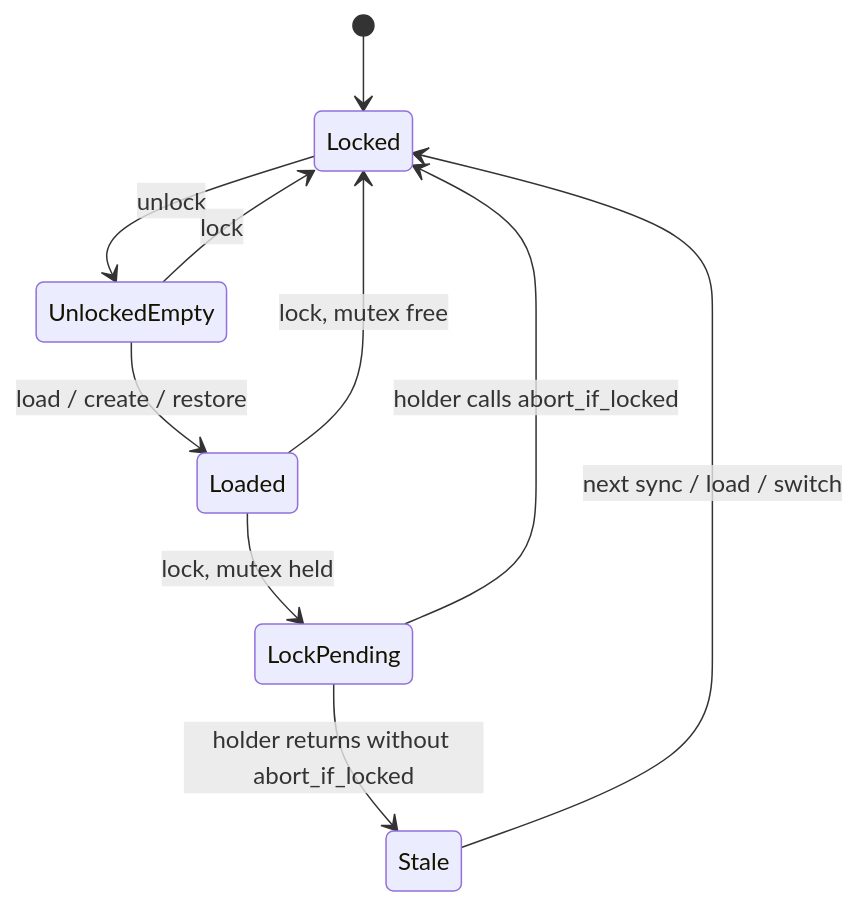
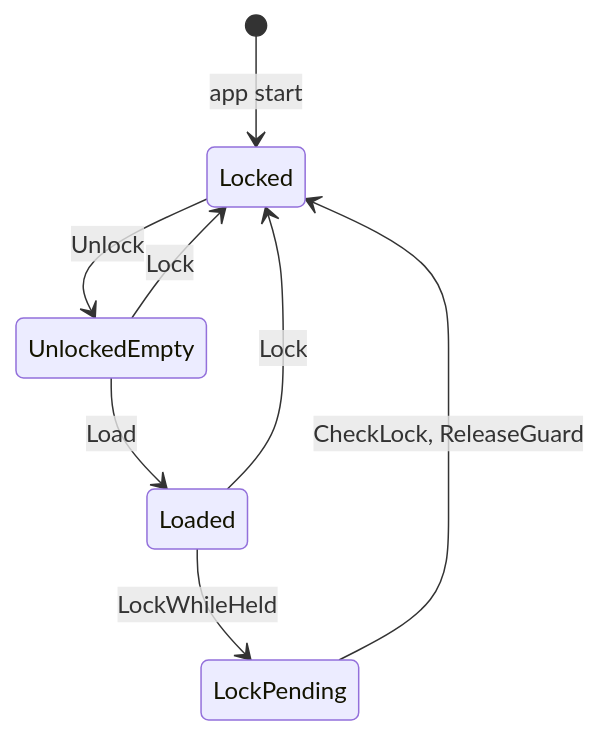
The diagram in docs/LOCK_LIFECYCLE.md (LitecoinDevKit/ldk-wallet), drawn with Mermaid before and after one commit. The commit also changed other lines of this file and 4 other files, not shown here.

Commit message:
Generate the lock lifecycle diagram from a table the tests drive.

````diff
--- a/docs/LOCK_LIFECYCLE.md
+++ b/docs/LOCK_LIFECYCLE.md
@@ -18,12 +21,10 @@
 ```mermaid
 stateDiagram-v2
-    [*] --> Locked
-    Locked --> UnlockedEmpty: unlock
-    UnlockedEmpty --> Loaded: load / create / restore
-    UnlockedEmpty --> Locked: lock
-    Loaded --> Locked: lock, mutex free
-    Loaded --> LockPending: lock, mutex held
-    LockPending --> Locked: holder calls abort_if_locked
-    LockPending --> Stale: holder returns without abort_if_locked
-    Stale --> Locked: next sync / load / switch
+    [*] --> Locked: app start
+    Locked --> UnlockedEmpty: Unlock
+    UnlockedEmpty --> Loaded: Load
+    UnlockedEmpty --> Locked: Lock
+    Loaded --> Locked: Lock
+    Loaded --> LockPending: LockWhileHeld
+    LockPending --> Locked: CheckLock, ReleaseGuard
 ```
````
